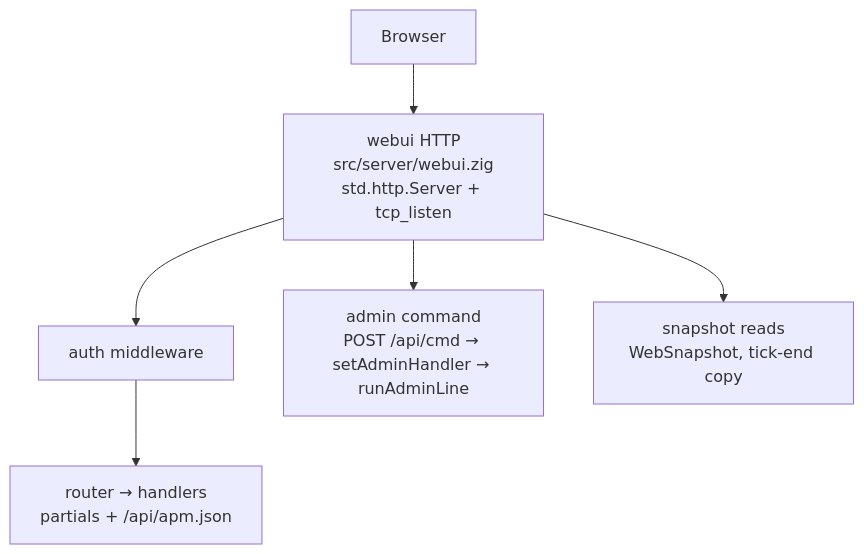
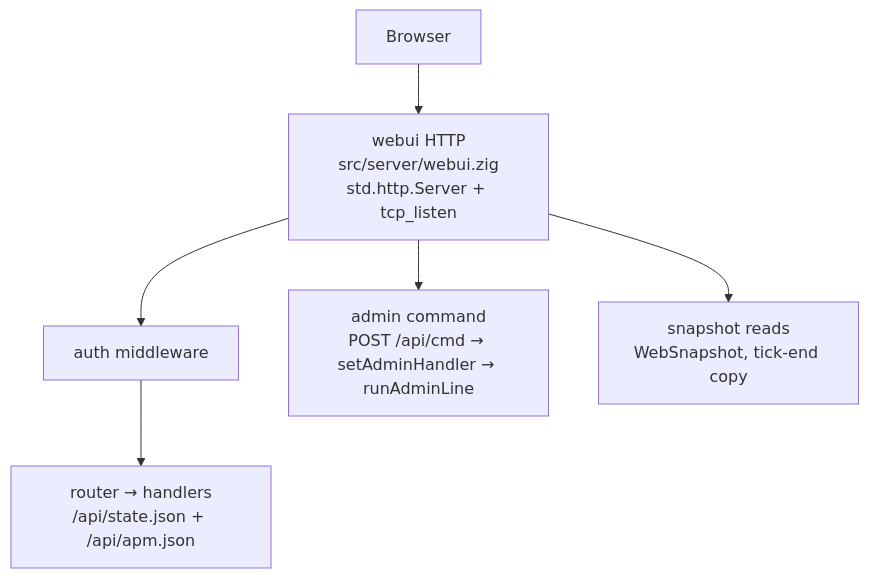
The diagram in docs/WEBUI.md (hordeforge/zdtd-server), drawn with Mermaid before and after one commit. The commit also changed other lines of this file and 25 other files, not shown here.

````diff
--- a/docs/WEBUI.md
+++ b/docs/WEBUI.md
@@ -74,8 +77,8 @@
 ```mermaid
 flowchart TB
     B[Browser] --> W[webui HTTP<br/>src/server/webui.zig<br/>std.http.Server + tcp_listen]
     W --> AUTH[auth middleware]
-    AUTH --> ROUTER[router → handlers<br/>partials + /api/apm.json]
+    AUTH --> ROUTER[router → handlers<br/>/api/state.json + /api/apm.json]
     W --> CMD[admin command<br/>POST /api/cmd → setAdminHandler → runAdminLine]
     W --> SNAP[snapshot reads<br/>WebSnapshot, tick-end copy]
 ```
````
